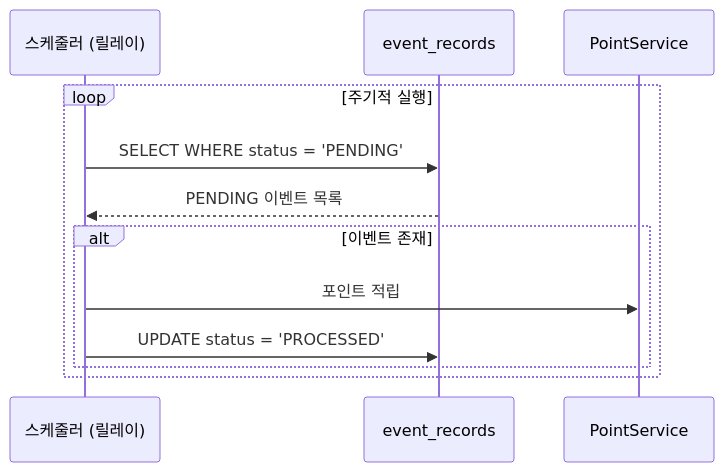
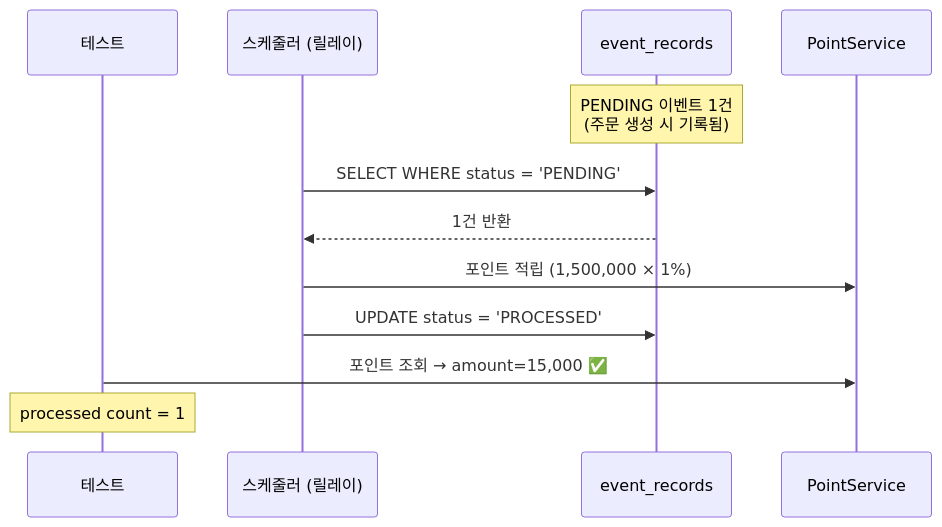
Before and after one commit to katiekim17/messaging-lab: the third of 8 diagrams in src/test/java/com/example/messaging/step3_event_store/README.md, drawn with Mermaid. The commit also changed other lines of this file and 6 other files, not shown here.

````diff
--- a/src/test/java/com/example/messaging/step3_event_store/README.md
+++ b/src/test/java/com/example/messaging/step3_event_store/README.md
@@ -63,16 +60,18 @@
 ```mermaid
 sequenceDiagram
-    participant Scheduler as 스케줄러 (릴레이)
-    participant EventStore as event_records
-    participant PointService
+    participant Test as 테스트
+    participant Relay as 스케줄러 (릴레이)
+    participant ES as event_records
+    participant PS as PointService
 
-    loop 주기적 실행
-        Scheduler->>EventStore: SELECT WHERE status = 'PENDING'
-        EventStore-->>Scheduler: PENDING 이벤트 목록
+    Note over ES: PENDING 이벤트 1건<br/>(주문 생성 시 기록됨)
 
-        alt 이벤트 존재
-            Scheduler->>PointService: 포인트 적립
-            Scheduler->>EventStore: UPDATE status = 'PROCESSED'
-        end
-    end
+    Relay->>ES: SELECT WHERE status = 'PENDING'
+    ES-->>Relay: 1건 반환
+
+    Relay->>PS: 포인트 적립 (1,500,000 × 1%)
+    Relay->>ES: UPDATE status = 'PROCESSED'
+
+    Test->>PS: 포인트 조회 → amount=15,000 ✅
+    Note over Test: processed count = 1
 ```
````
